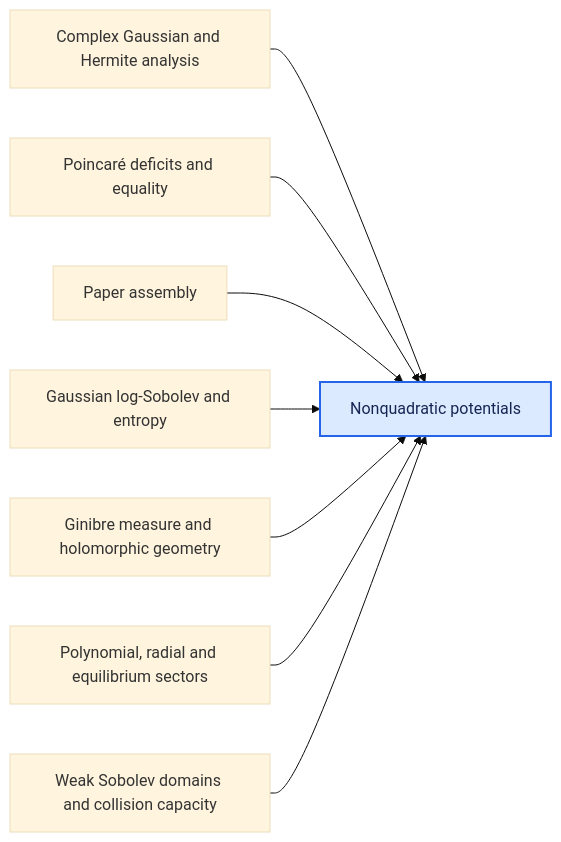
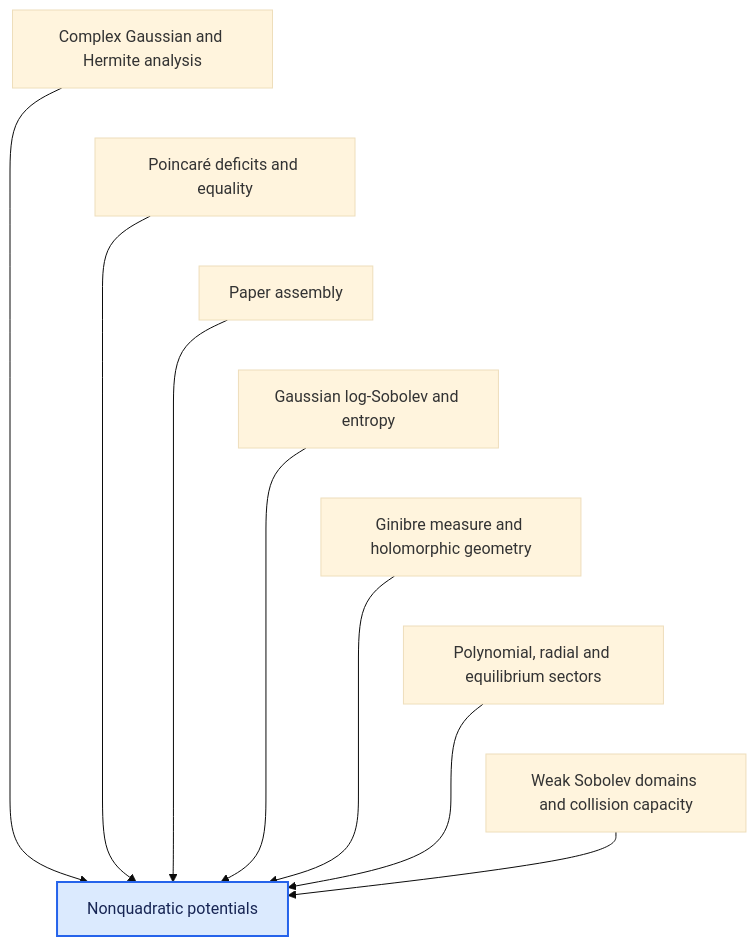
Before and after one commit to djalilchafai/ginibre-poincare: diagram 11 of 12 in DEPENDENCIES.md, drawn with Mermaid (base theme). The commit also changed other lines of this file and 44 other files, not shown here.

Commit message:
Make dependency diagrams vertical and add GitHub Pages deployment

````diff
--- a/DEPENDENCIES.md
+++ b/DEPENDENCIES.md
@@ -248,12 +298,18 @@
 ```mermaid
-flowchart LR
+flowchart TB
   ComplexGaussianHermite["Complex Gaussian and Hermite analysis"] --> NonQuadratic["Nonquadratic potentials"]
   DeficitsEquality["Poincaré deficits and equality"] --> NonQuadratic["Nonquadratic potentials"]
   Endgame["Paper assembly"] --> NonQuadratic["Nonquadratic potentials"]
   GaussianLSI["Gaussian log-Sobolev and entropy"] --> NonQuadratic["Nonquadratic potentials"]
   GinibreMeasureGeometry["Ginibre measure and holomorphic geometry"] --> NonQuadratic["Nonquadratic potentials"]
   PolynomialRadial["Polynomial, radial and equilibrium sectors"] --> NonQuadratic["Nonquadratic potentials"]
   WeakSobolev["Weak Sobolev domains and collision capacity"] --> NonQuadratic["Nonquadratic potentials"]
+  ComplexGaussianHermite ~~~ DeficitsEquality
+  DeficitsEquality ~~~ Endgame
+  Endgame ~~~ GaussianLSI
+  GaussianLSI ~~~ GinibreMeasureGeometry
+  GinibreMeasureGeometry ~~~ PolynomialRadial
+  PolynomialRadial ~~~ WeakSobolev
   classDef target fill:#dbeafe,stroke:#2563eb,stroke-width:2px,color:#172554;
   class NonQuadratic target;
 ```
````
